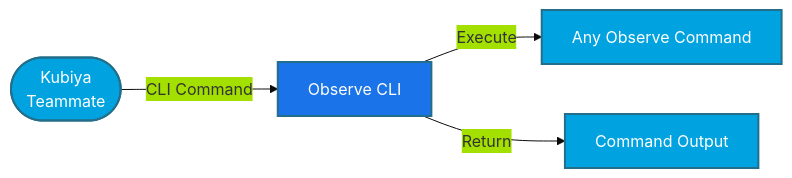
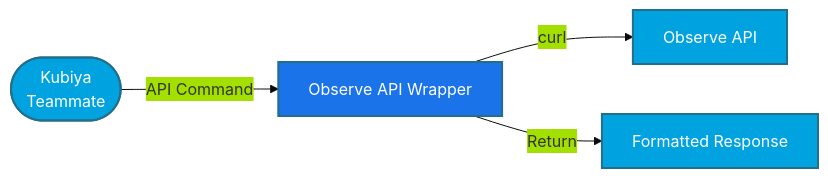
The diagram in observe_cli/README.md (kubiya-solutions-engineering/cli-tools), drawn with Mermaid before and after one commit. The commit also changed other lines of this file and 1 other file, not shown here.

````diff
--- a/observe_cli/README.md
+++ b/observe_cli/README.md
@@ -19,12 +19,12 @@
 ```mermaid
 %%{init: {'theme': 'base', 'themeVariables': { 'primaryColor': '#00A3E0', 'fontFamily': 'arial', 'fontSize': '16px' }}}%%
 graph LR
-    A([Kubiya<br/>Teammate]) -->|CLI Command| B[Observe CLI]
-    B -->|Execute| C[Any Observe Command]
-    B -->|Return| D[Command Output]
+    A([Kubiya<br/>Teammate]) -->|API Command| B[Observe API Wrapper]
+    B -->|curl| C[Observe API]
+    B -->|Return| D[Formatted Response]
     
     style A fill:#00A3E0,color:#fff,stroke-width:2px
     style B fill:#1a73e8,color:#fff,stroke-width:2px
     style C fill:#00A3E0,color:#fff,stroke-width:2px
     style D fill:#00A3E0,color:#fff,stroke-width:2px
 ```
````
